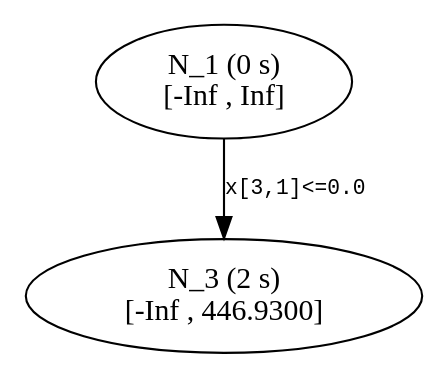
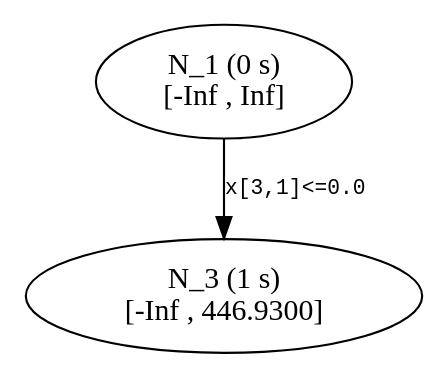
One commit to atoptima/Coluna.jl changed the diagram in dev/start/tree2.dot. Above: the diagram before and after it, drawn with Graphviz. The commit also changed 17 other files, not shown here.

```diff
--- a/dev/start/tree2.dot
+++ b/dev/start/tree2.dot
@@ -1,8 +1,8 @@
 ## dot -Tpdf thisfile > thisfile.pdf 
 
 digraph Branching_Tree {
 	edge[fontname = "Courier", fontsize = 10];
 	n1 [label= "N_1 (0 s) \n[-Inf , Inf]"];
-	n3 [label= "N_3 (2 s) \n[-Inf , 446.9300]"];
+	n3 [label= "N_3 (1 s) \n[-Inf , 446.9300]"];
 	n1 -> n3 [label= "x[3,1]<=0.0"];
 }
```
